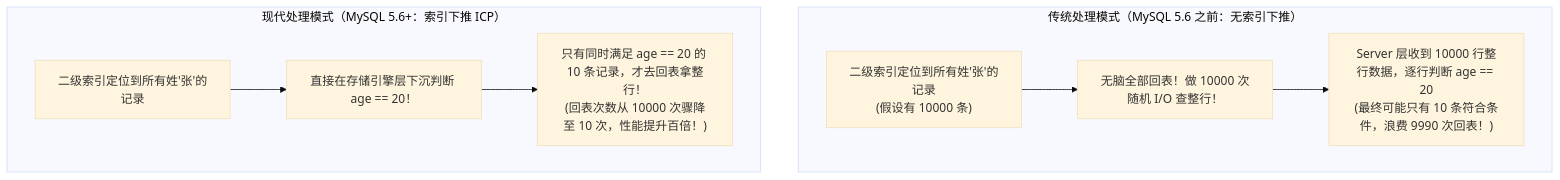
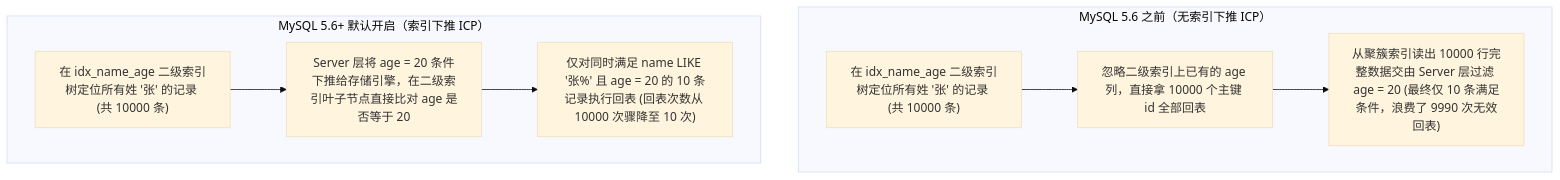
The fifth of 6 diagrams in 20-Java后端/05-数据库与存储/01-MySQL索引原理-B+树.md (GuoWWWX/knowledge-base), drawn with Mermaid (base theme) before and after one commit. The commit also changed other lines of this file and 251 other files, not shown here.

````diff
--- a/20-Java后端/05-数据库与存储/01-MySQL索引原理-B+树.md
+++ b/20-Java后端/05-数据库与存储/01-MySQL索引原理-B+树.md
@@ -291,12 +203,12 @@
 ```mermaid
 flowchart TD
-    subgraph WithoutICP["传统处理模式（MySQL 5.6 之前：无索引下推）"]
-        A1["二级索引定位到所有姓'张'的记录<br/>(假设有 10000 条)"] --> A2["无脑全部回表！做 10000 次随机 I/O 查整行！"]
-        A2 --> A3["Server 层收到 10000 行整行数据，逐行判断 age == 20<br/>(最终可能只有 10 条符合条件，浪费 9990 次回表！)"]
+    subgraph WithoutICP["MySQL 5.6 之前（无索引下推 ICP）"]
+        A1["在 idx_name_age 二级索引树定位所有姓 '张' 的记录 (共 10000 条)"] --> A2["忽略二级索引上已有的 age 列，直接拿 10000 个主键 id 全部回表"]
+        A2 --> A3["从聚簇索引读出 10000 行完整数据交由 Server 层过滤 age = 20 (最终仅 10 条满足条件，浪费了 9990 次无效回表)"]
     end
 
-    subgraph WithICP["现代处理模式（MySQL 5.6+：索引下推 ICP）"]
-        B1["二级索引定位到所有姓'张'的记录"] --> B2["直接在存储引擎层下沉判断 age == 20！"]
-        B2 --> B3["只有同时满足 age == 20 的 10 条记录，才去回表拿整行！<br/>(回表次数从 10000 次骤降至 10 次，性能提升百倍！)"]
+    subgraph WithICP["MySQL 5.6+ 默认开启（索引下推 ICP）"]
+        B1["在 idx_name_age 二级索引树定位所有姓 '张' 的记录 (共 10000 条)"] --> B2["Server 层将 age = 20 条件下推给存储引擎，在二级索引叶子节点直接比对 age 是否等于 20"]
+        B2 --> B3["仅对同时满足 name LIKE '张%' 且 age = 20 的 10 条记录执行回表 (回表次数从 10000 次骤降至 10 次)"]
     end
 ```
````
